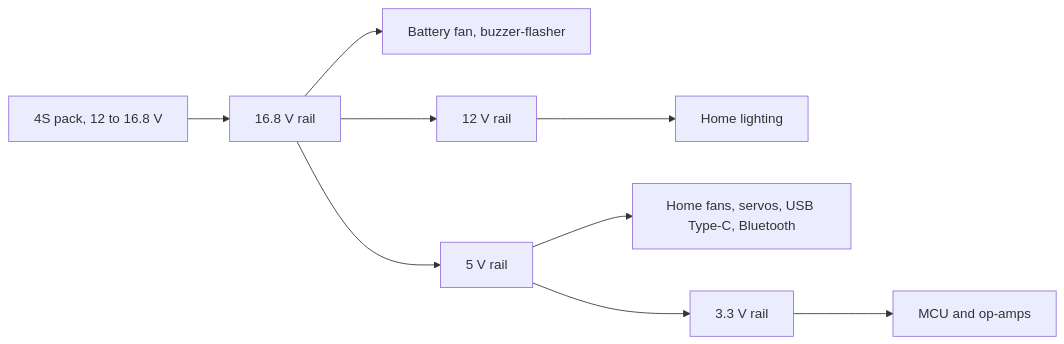
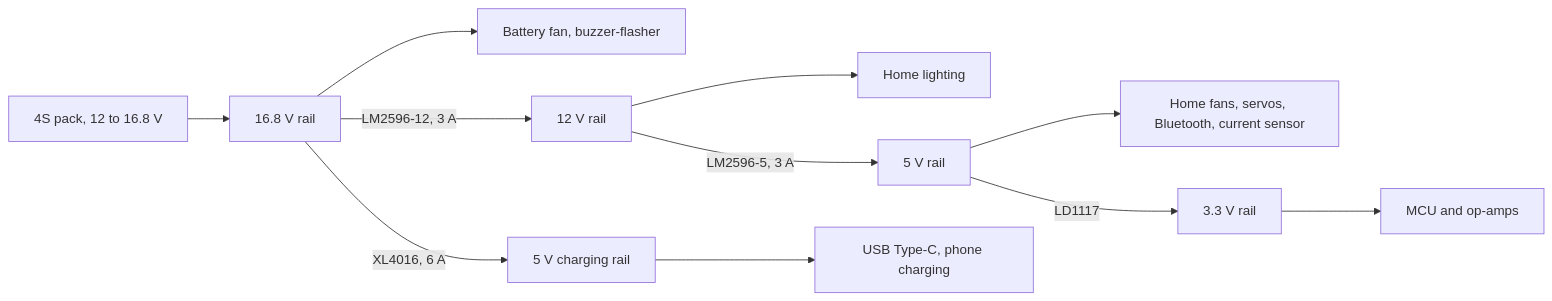
Before and after one commit to meyubcan/stm32-4s-bms-home-automation: the third of 6 diagrams in README.md, drawn with Mermaid. The commit also changed other lines of this file and 6 other files, not shown here.

````diff
--- a/README.md
+++ b/README.md
@@ -122,11 +130,13 @@
 ```mermaid
 flowchart LR
     BAT[4S pack, 12 to 16.8 V] --> R16[16.8 V rail]
     R16 --> L16[Battery fan, buzzer-flasher]
-    R16 --> R12[12 V rail]
-    R16 --> R5[5 V rail]
+    R16 -- "LM2596-12, 3 A" --> R12[12 V rail]
+    R16 -- "XL4016, 6 A" --> RC[5 V charging rail]
     R12 --> L12[Home lighting]
-    R5 --> L5[Home fans, servos, USB Type-C, Bluetooth]
-    R5 --> R3[3.3 V rail]
+    R12 -- "LM2596-5, 3 A" --> R5[5 V rail]
+    RC --> LC[USB Type-C, phone charging]
+    R5 --> L5[Home fans, servos, Bluetooth, current sensor]
+    R5 -- "LD1117" --> R3[3.3 V rail]
     R3 --> L3[MCU and op-amps]
 ```
````
